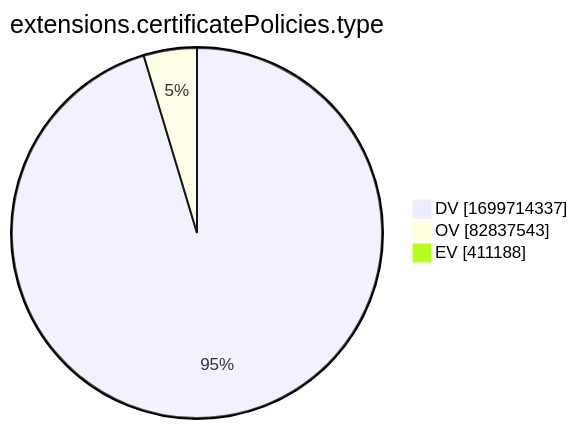
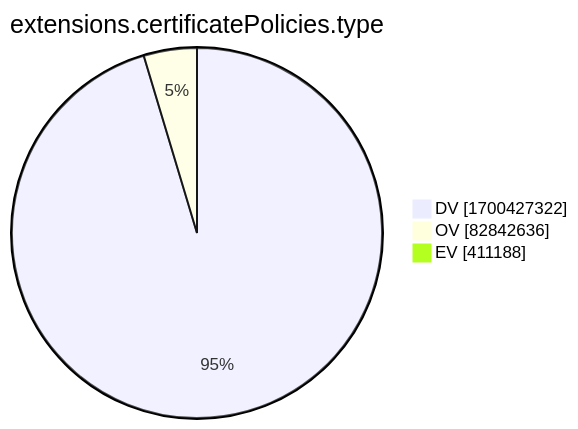
The tenth of 15 diagrams in xenon2022/README.md (christiankrug/ctmonitor_visualization), drawn with Mermaid before and after one commit. The commit also changed other lines of this file, not shown here.

````diff
--- a/xenon2022/README.md
+++ b/xenon2022/README.md
@@ -2881,7 +2881,7 @@
 ```mermaid
 pie showData
 title extensions.certificatePolicies.type
-"DV" :1699714337
-"OV" :82837543
+"DV" :1700427322
+"OV" :82842636
 "EV" :411188
 ```
````
